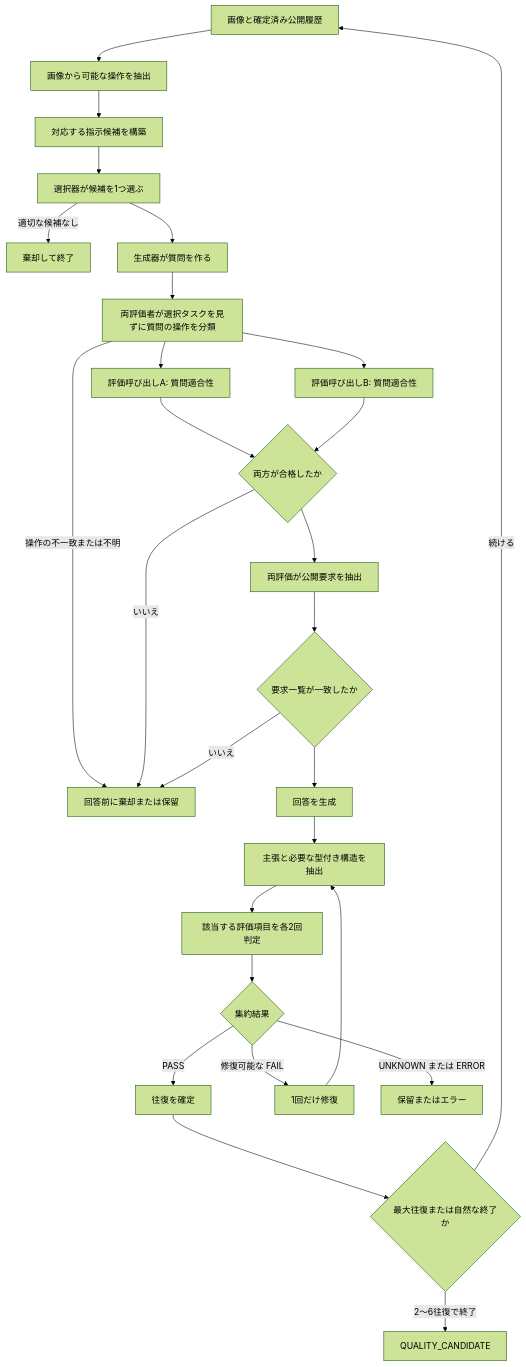
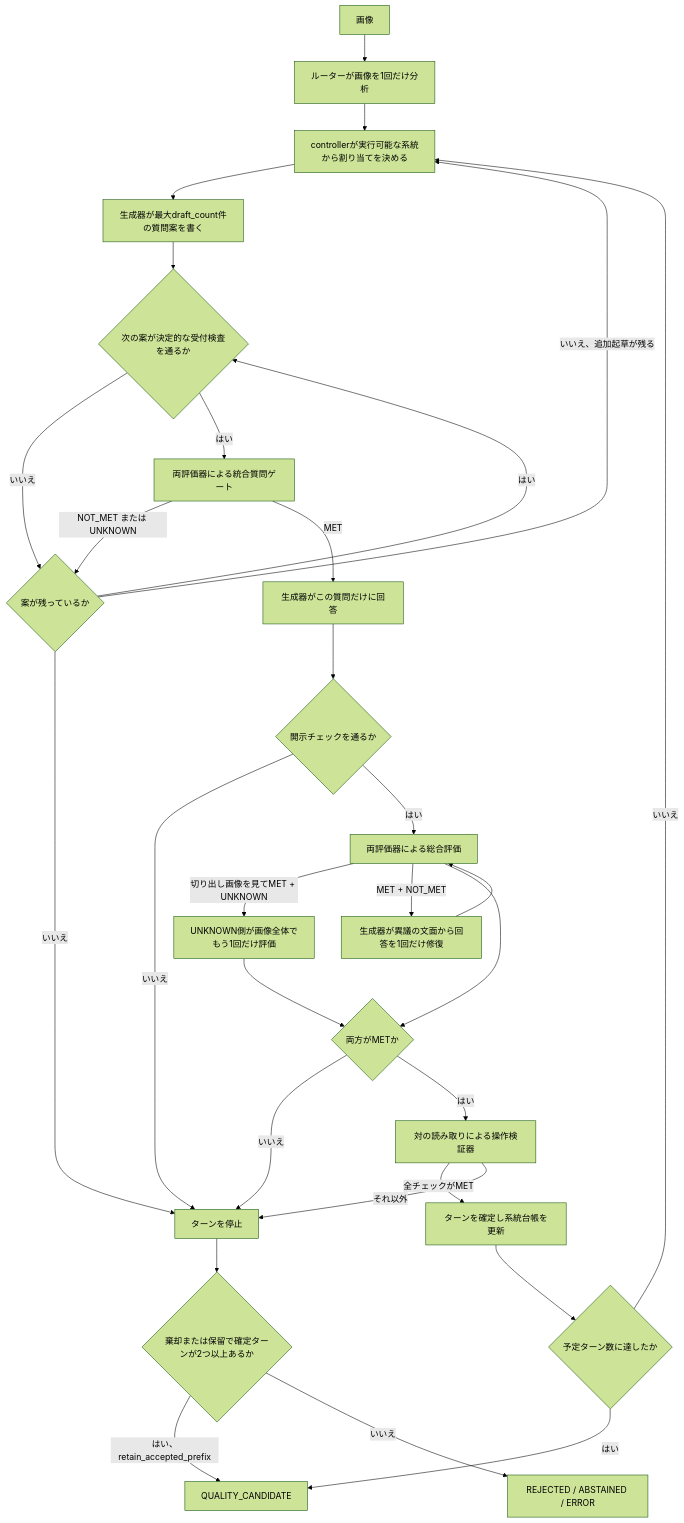
Before and after one commit to Onely7/Pixelogue: the diagram in docs/pipeline/generation-and-evaluation_ja.md, drawn with Mermaid (forest theme). The commit also changed other lines of this file and 30 other files, not shown here.

````diff
--- a/docs/pipeline/generation-and-evaluation_ja.md
+++ b/docs/pipeline/generation-and-evaluation_ja.md
@@ -71,29 +73,32 @@
 ```mermaid
 flowchart TD
-    A[画像と確定済み公開履歴] --> B[画像から可能な操作を抽出]
-    B --> C[対応する指示候補を構築]
-    C --> D[選択器が候補を1つ選ぶ]
-    D -->|適切な候補なし| X[棄却して終了]
-    D --> E[生成器が質問を作る]
-    E --> T[両評価者が選択タスクを見ずに質問の操作を分類]
-    T -->|操作の不一致または不明| Y[回答前に棄却または保留]
-    T --> F[評価呼び出しA: 質問適合性]
-    T --> G[評価呼び出しB: 質問適合性]
-    F --> H{両方が合格したか}
-    G --> H
-    H -->|いいえ| Y[回答前に棄却または保留]
-    H --> I[両評価が公開要求を抽出]
-    I --> J{要求一覧が一致したか}
-    J -->|いいえ| Y
-    J --> K[回答を生成]
-    K --> L[主張と必要な型付き構造を抽出]
-    L --> M[該当する評価項目を各2回判定]
-    M --> N{集約結果}
-    N -->|PASS| O[往復を確定]
-    N -->|修復可能な FAIL| P[1回だけ修復]
-    P --> L
-    N -->|UNKNOWN または ERROR| Q[保留またはエラー]
-    O --> R{最大往復または自然な終了か}
-    R -->|続ける| A
-    R -->|2〜6往復で終了| S[QUALITY_CANDIDATE]
+    A[画像] --> B[ルーターが画像を1回だけ分析]
+    B --> C[controllerが実行可能な系統から割り当てを決める]
+    C --> D[生成器が最大draft_count件の質問案を書く]
+    D --> E{次の案が決定的な受付検査を通るか}
+    E -->|いいえ| F{案が残っているか}
+    E -->|はい| G[両評価器による統合質問ゲート]
+    G -->|NOT_MET または UNKNOWN| F
+    F -->|はい| E
+    F -->|いいえ、追加起草が残る| C
+    F -->|いいえ| X[ターンを停止]
+    G -->|MET| H[生成器がこの質問だけに回答]
+    H --> I{開示チェックを通るか}
+    I -->|いいえ| X
+    I -->|はい| J[両評価器による総合評価]
+    J -->|切り出し画像を見てMET + UNKNOWN| K[UNKNOWN側が画像全体でもう1回だけ評価]
+    J -->|MET + NOT_MET| M[生成器が異議の文面から回答を1回だけ修復]
+    M --> J
+    K --> L
+    J --> L{両方がMETか}
+    L -->|いいえ| X
+    L -->|はい| N[対の読み取りによる操作検証器]
+    N -->|全チェックがMET| O[ターンを確定し系統台帳を更新]
+    N -->|それ以外| X
+    O --> P{予定ターン数に達したか}
+    P -->|いいえ| C
+    P -->|はい| Q[QUALITY_CANDIDATE]
+    X --> R{棄却または保留で確定ターンが2つ以上あるか}
+    R -->|はい、retain_accepted_prefix| Q
+    R -->|いいえ| S[REJECTED / ABSTAINED / ERROR]
 ```
````
